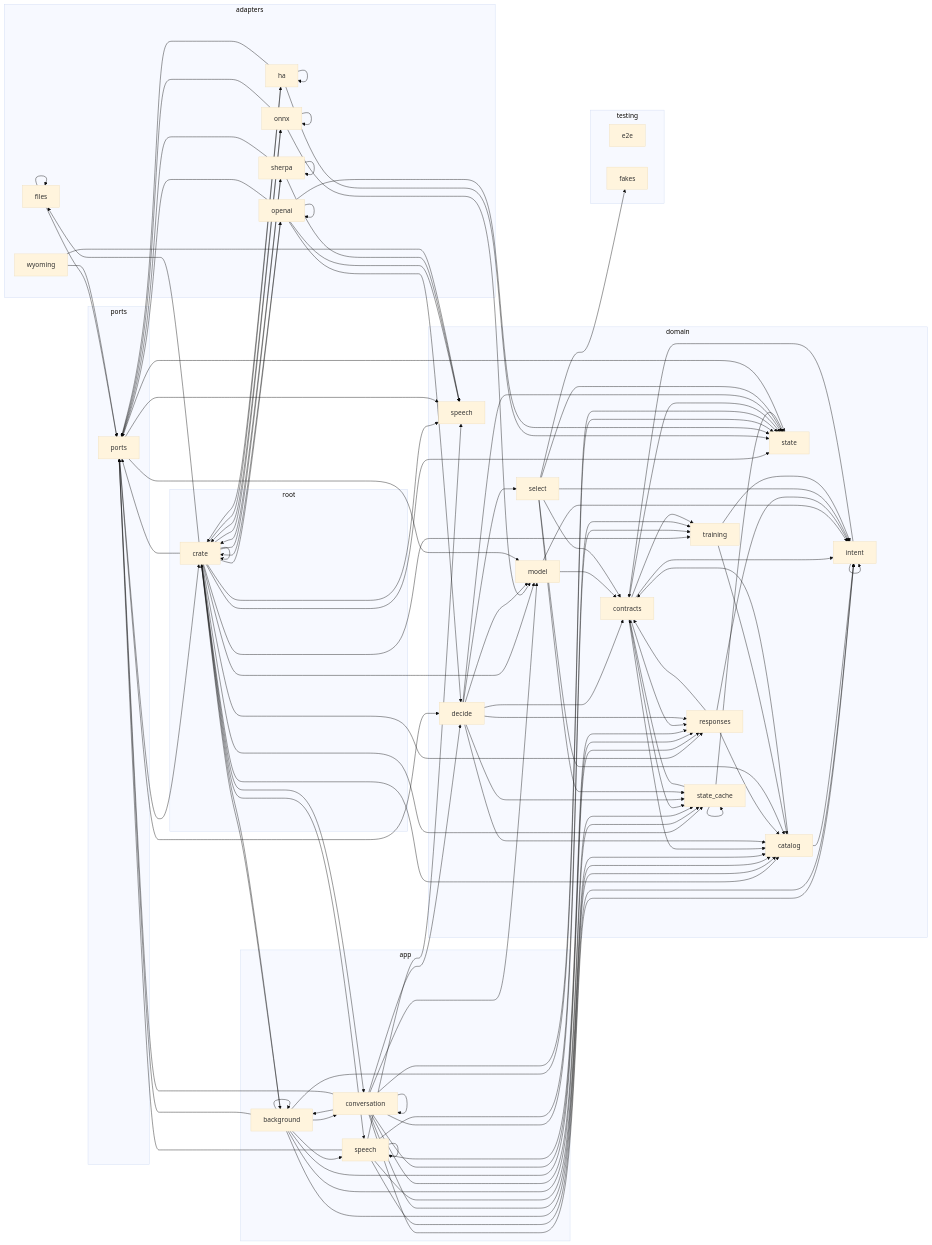
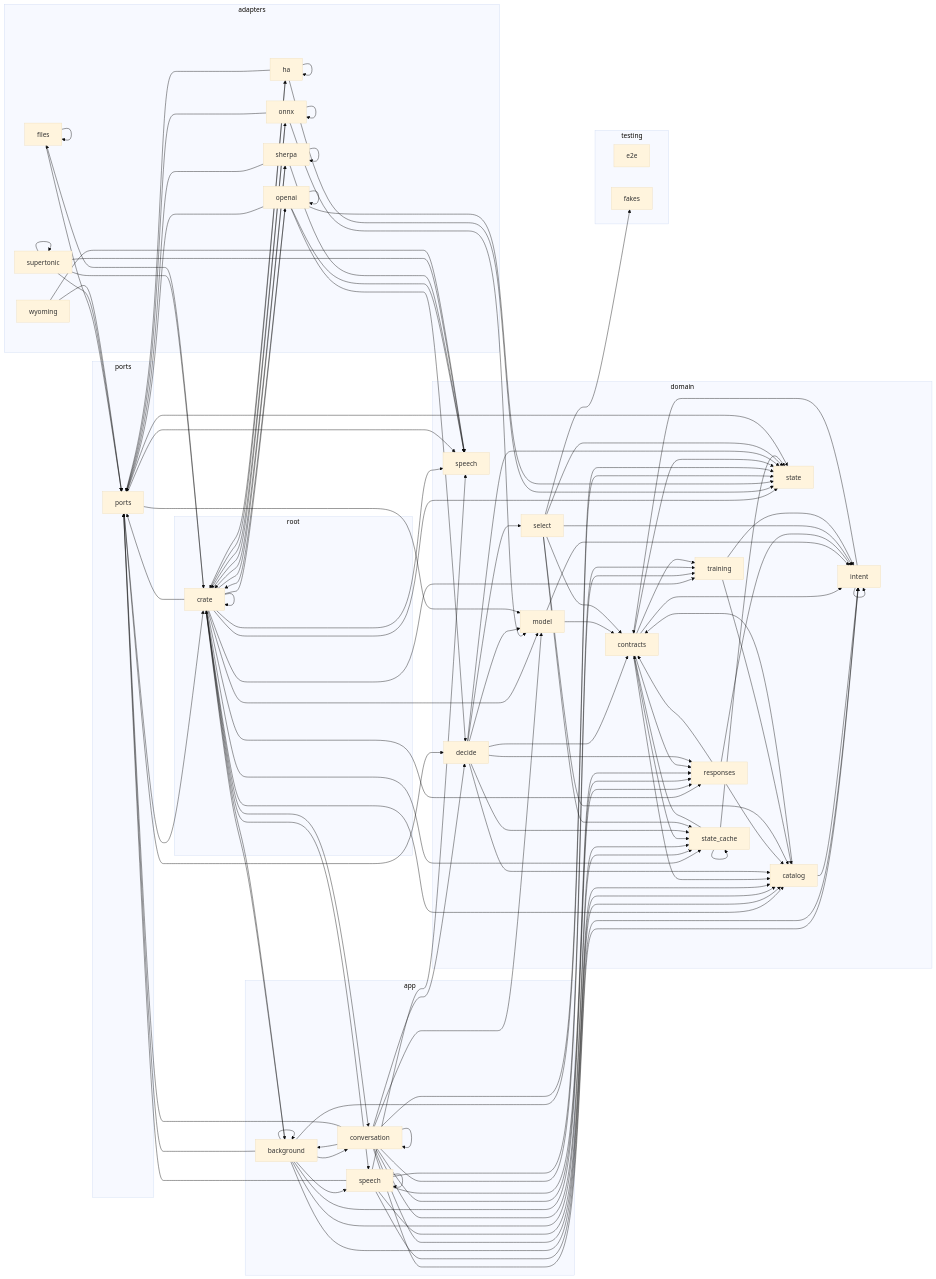
Before and after one commit to louislang/ha-jarvis: the diagram in docs/architecture.md, drawn with Mermaid (base theme). The commit also changed 6 other files, not shown here.

```diff
--- a/docs/architecture.md
+++ b/docs/architecture.md
@@ -10,6 +10,7 @@
         crate_adapters_onnx[onnx]
         crate_adapters_openai[openai]
         crate_adapters_sherpa[sherpa]
+        crate_adapters_supertonic[supertonic]
         crate_adapters_wyoming[wyoming]
     end
     subgraph app
@@ -77,6 +78,10 @@
     crate_adapters_sherpa --> crate_adapters_sherpa
     crate_adapters_sherpa --> crate_domain_speech
     crate_adapters_sherpa --> crate_ports
+    crate_adapters_supertonic --> crate
+    crate_adapters_supertonic --> crate_adapters_supertonic
+    crate_adapters_supertonic --> crate_domain_speech
+    crate_adapters_supertonic --> crate_ports
     crate_adapters_wyoming --> crate_domain_speech
     crate_adapters_wyoming --> crate_ports
     crate_app_background --> crate
```
